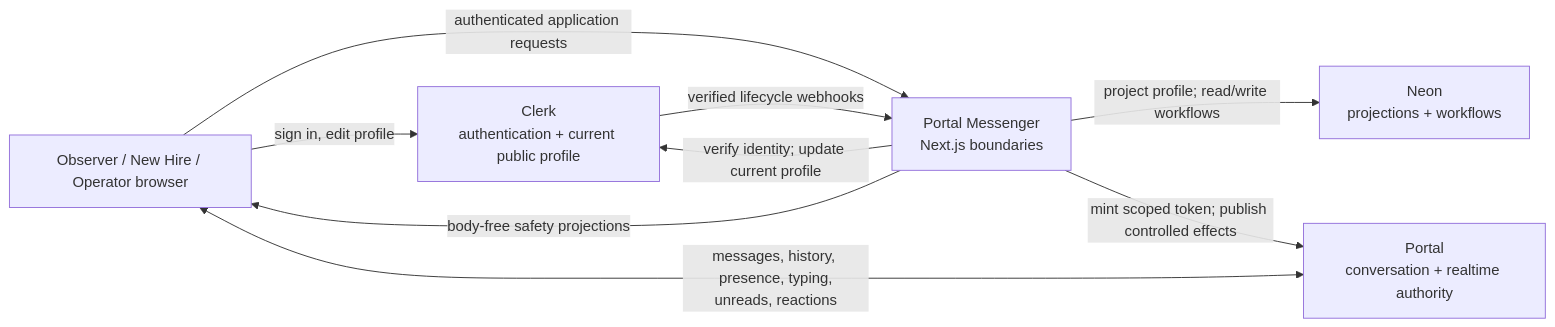
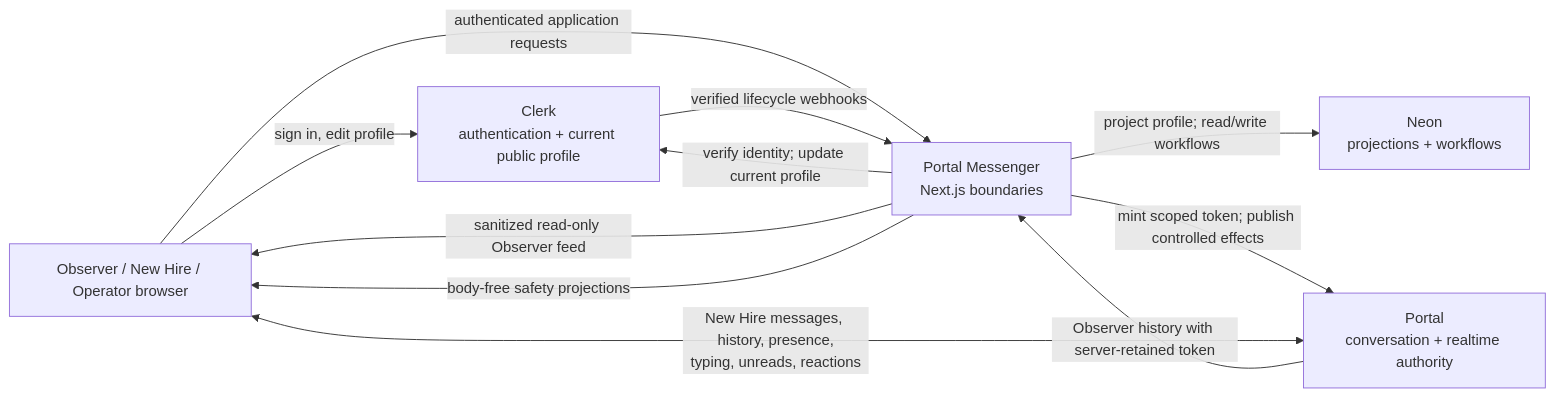
One commit to cuevaio/slack-xp changed the first of 2 diagrams in docs/architecture.md. Above: the diagram before and after it, drawn with Mermaid. The commit also changed other lines of this file and 34 other files, not shown here.

Commit message:
add public observer history and refresh interface

````diff
--- a/docs/architecture.md
+++ b/docs/architecture.md
@@ -20,17 +20,19 @@
 ```mermaid
 flowchart LR
   Browser["Observer / New Hire / Operator browser"]
   App["Portal Messenger<br/>Next.js boundaries"]
   Clerk["Clerk<br/>authentication + current public profile"]
   Portal["Portal<br/>conversation + realtime authority"]
   Neon["Neon<br/>projections + workflows"]
 
   Browser -->|"sign in, edit profile"| Clerk
   Browser -->|"authenticated application requests"| App
   App -->|"verify identity; update current profile"| Clerk
   Clerk -->|"verified lifecycle webhooks"| App
   App -->|"project profile; read/write workflows"| Neon
   App -->|"mint scoped token; publish controlled effects"| Portal
-  Browser <-->|"messages, history, presence, typing,<br/>unreads, reactions"| Portal
+  Browser <-->|"New Hire messages, history, presence,<br/>typing, unreads, reactions"| Portal
+  Portal -->|"Observer history with server-retained token"| App
+  App -->|"sanitized read-only Observer feed"| Browser
   App -->|"body-free safety projections"| Browser
 ```
````
